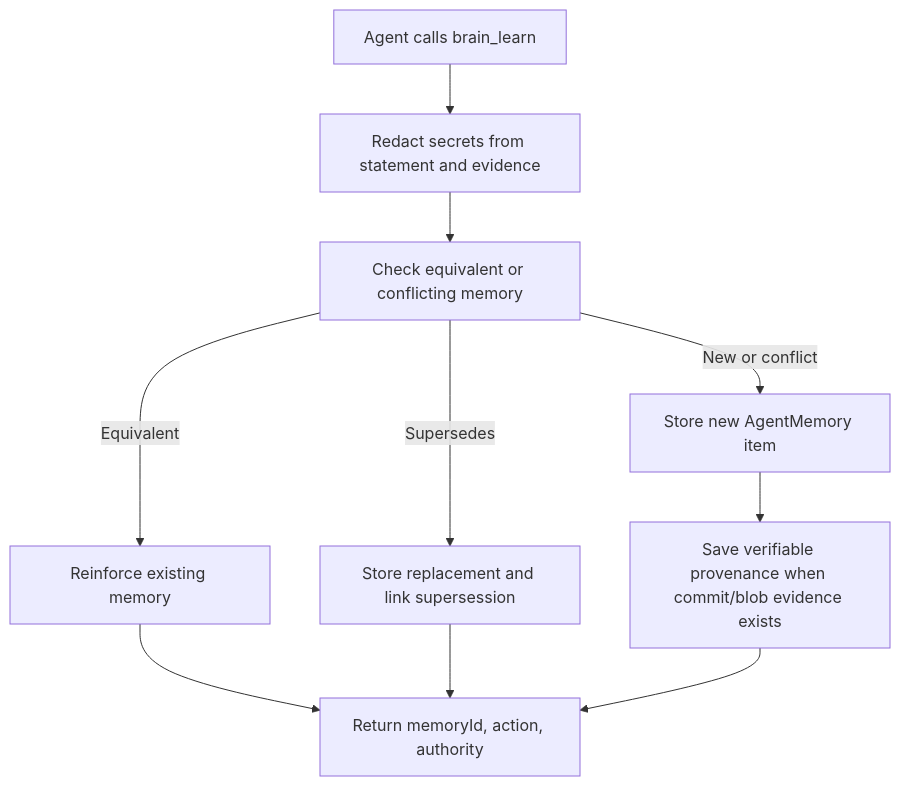
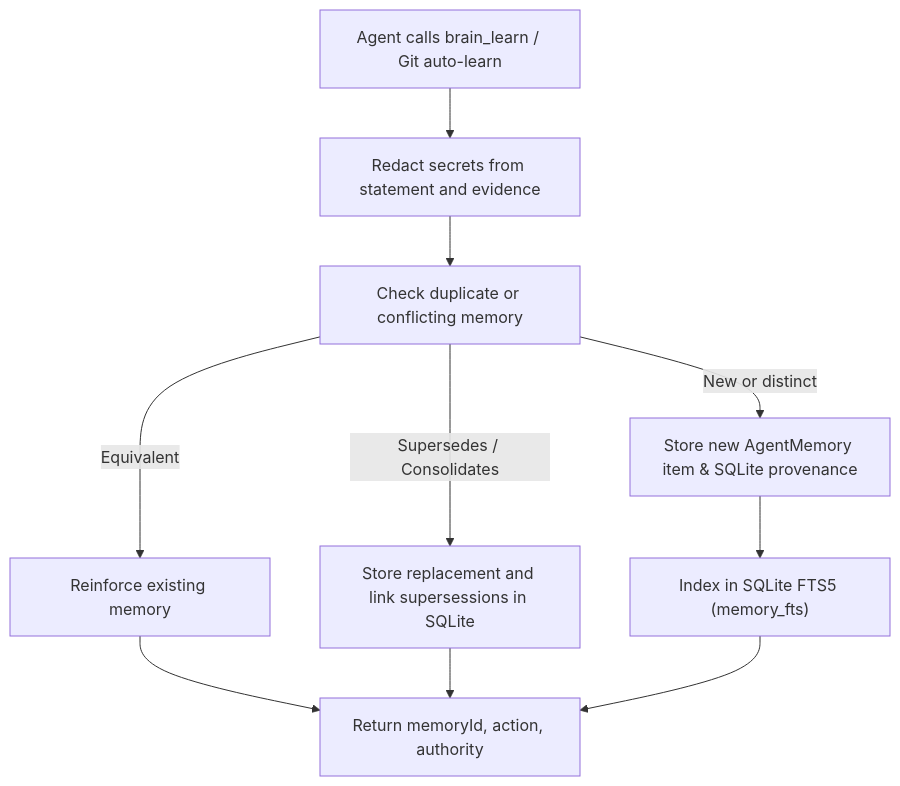
The third of 10 diagrams in README.md (RaffaHr/mega-brain-mcp), drawn with Mermaid before and after one commit. The commit also changed other lines of this file and 1 other file, not shown here.

````diff
--- a/README.md
+++ b/README.md
@@ -281,12 +287,12 @@
 ```mermaid
 flowchart TD
-  A["Agent calls brain_learn"] --> B["Redact secrets from statement and evidence"]
-  B --> C["Check equivalent or conflicting memory"]
+  A["Agent calls brain_learn / Git auto-learn"] --> B["Redact secrets from statement and evidence"]
+  B --> C["Check duplicate or conflicting memory"]
   C -->|Equivalent| D["Reinforce existing memory"]
-  C -->|Supersedes| E["Store replacement and link supersession"]
-  C -->|New or conflict| F["Store new AgentMemory item"]
+  C -->|Supersedes / Consolidates| E["Store replacement and link supersessions in SQLite"]
+  C -->|New or distinct| F["Store new AgentMemory item & SQLite provenance"]
   D --> G["Return memoryId, action, authority"]
   E --> G
-  F --> H["Save verifiable provenance when commit/blob evidence exists"]
+  F --> H["Index in SQLite FTS5 (memory_fts)"]
   H --> G
 ```
````
